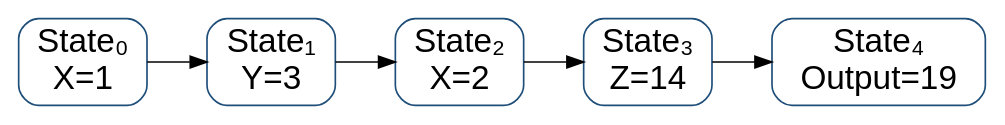
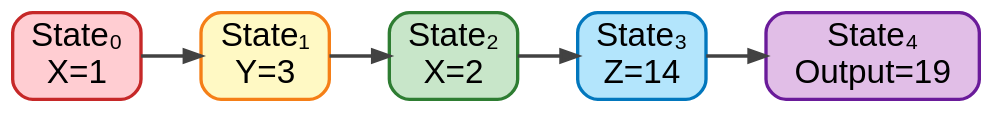
Before and after one commit to MagicSpik3/legacy-etl-compiler: the second of 2 diagrams in docs/slides.qmd, drawn with Graphviz. The commit also changed other lines of this file and 9 other files, not shown here.

````diff
--- a/docs/slides.qmd
+++ b/docs/slides.qmd
@@ -173,14 +179,25 @@
 ```{dot}
 digraph {
   rankdir=LR;
-  node [shape=box, style=rounded, fillcolor="#E8F1FA", color="#1F4E79", fontname="Helvetica", fontsize=20];
+  bgcolor="transparent";
+  
+  node [
+    shape=box, 
+    style="rounded,filled", 
+    fontname="Helvetica", 
+    fontsize=20,
+    penwidth=2
+  ];
+  
+  edge [color="#424242", penwidth=2];
 
-  S0 [label="State₀\nX=1"];
-  S1 [label="State₁\nY=3"];
-  S2 [label="State₂\nX=2"];
-  S3 [label="State₃\nZ=14"];
-  S4 [label="State₄\nOutput=19"];
+  S0 [label="State₀\nX=1", fillcolor="#FFCDD2", color="#C62828"];
+  S1 [label="State₁\nY=3", fillcolor="#FFF9C4", color="#F57F17"];
+  S2 [label="State₂\nX=2", fillcolor="#C8E6C9", color="#2E7D32"];
+  S3 [label="State₃\nZ=14", fillcolor="#B3E5FC", color="#0277BD"];
+  S4 [label="State₄\nOutput=19", fillcolor="#E1BEE7", color="#6A1B9A"];
 
   S0 -> S1 -> S2 -> S3 -> S4;
 }
+
 ```
````
